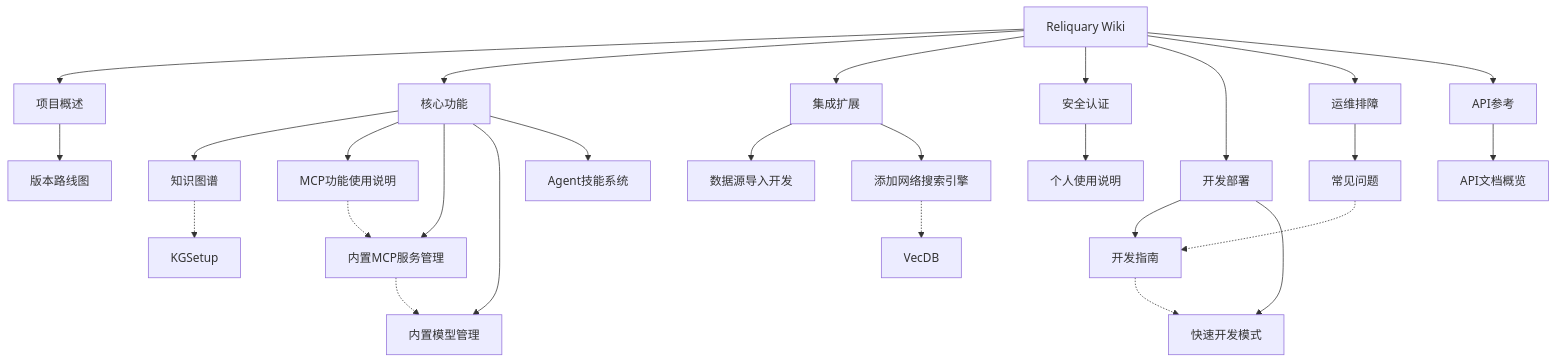
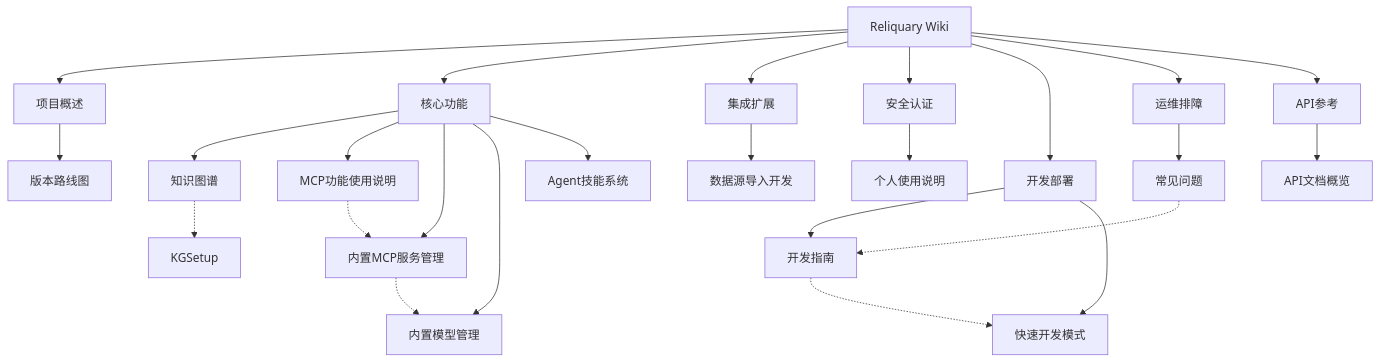
One commit to Dikui/Reliquary changed the diagram in docs/wiki/Home.md. Above: the diagram before and after it, drawn with Mermaid. The commit also changed other lines of this file and 233 other files, not shown here.

First line of the commit message:
refactor: remove web search

````diff
--- a/docs/wiki/Home.md
+++ b/docs/wiki/Home.md
@@ -65,38 +64,36 @@
 ```mermaid
 graph TB
     Home[Reliquary Wiki]
     Home --> 项目概述
     Home --> 核心功能
     Home --> 集成扩展
     Home --> 安全认证
     Home --> 开发部署
     Home --> 运维排障
     Home --> API参考
 
     项目概述 --> ROADMAP[版本路线图]
 
     核心功能 --> KG[知识图谱]
     核心功能 --> MCP[MCP功能使用说明]
     核心功能 --> BuiltinMCP[内置MCP服务管理]
     核心功能 --> BuiltinModel[内置模型管理]
     核心功能 --> Skills[Agent技能系统]
 
     集成扩展 --> DS[数据源导入开发]
-    集成扩展 --> WebSearch[添加网络搜索引擎]
 
     安全认证 --> Personal[个人使用说明]
 
     开发部署 --> DevGuide[开发指南]
     开发部署 --> QuickDev[快速开发模式]
 
     运维排障 --> FAQ[常见问题]
 
     API参考 --> APIOverview[API文档概览]
 
     KG -.-> KGSetup
     MCP -.-> BuiltinMCP
     BuiltinMCP -.-> BuiltinModel
-    WebSearch -.-> VecDB
     DevGuide -.-> QuickDev
     FAQ -.-> DevGuide
 ```
````
